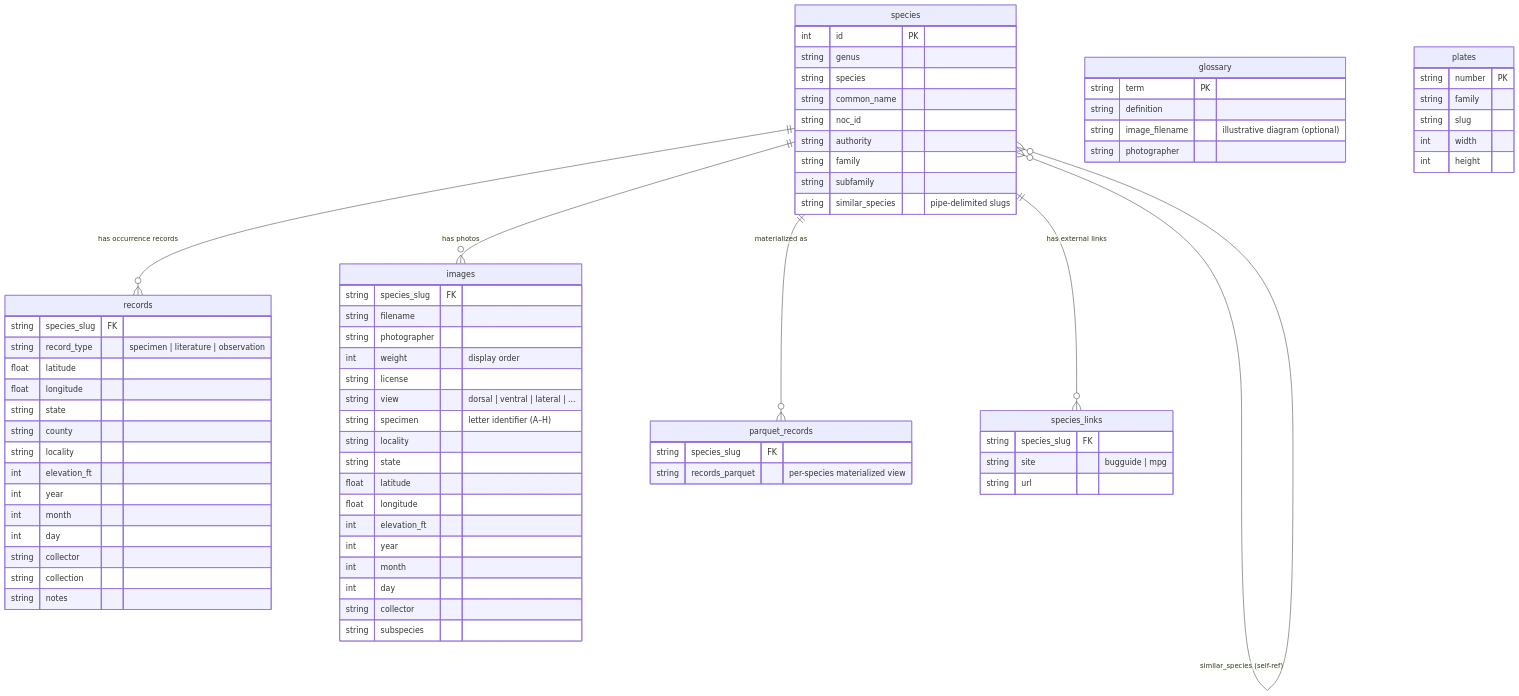
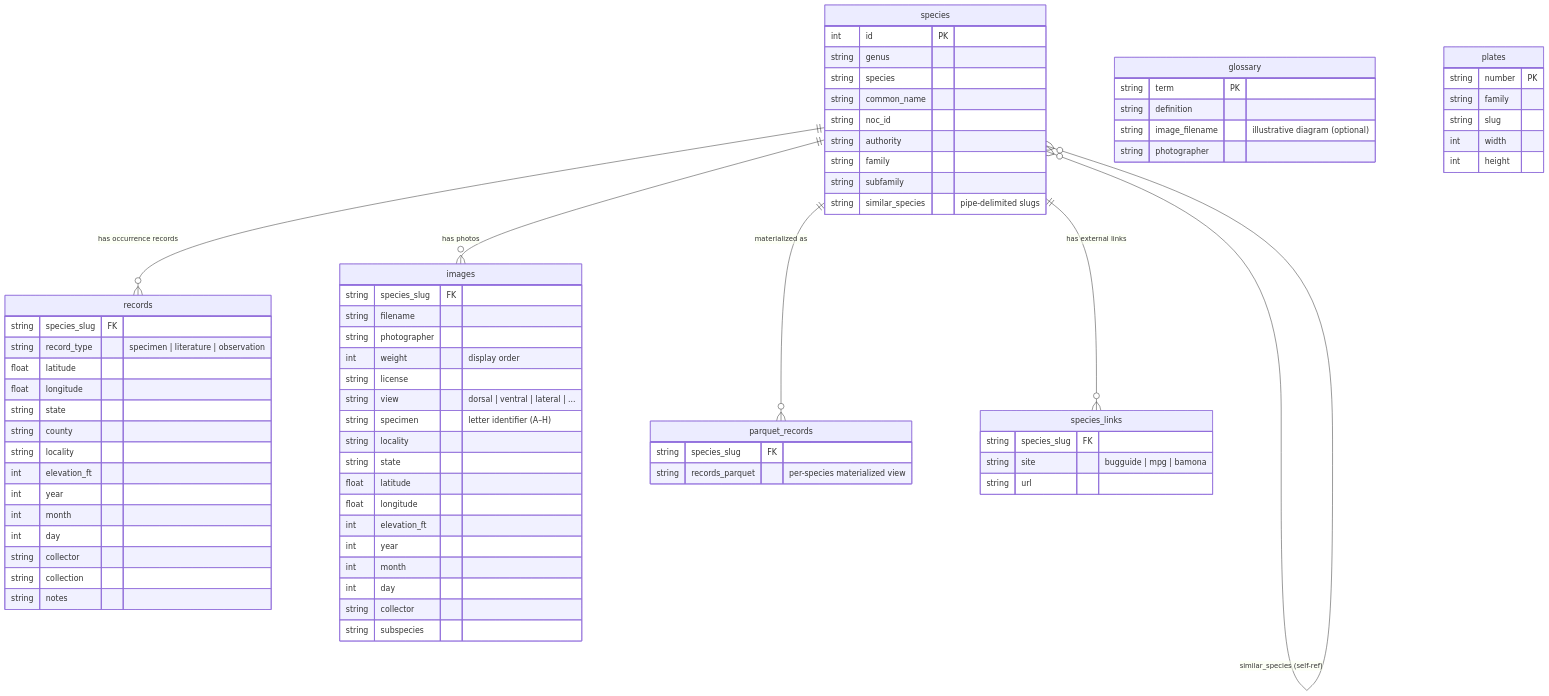
Before and after one commit to pnwinsects/pnwmoths: the diagram in data/README.md, drawn with Mermaid. The commit also changed other lines of this file and 6 other files, not shown here.

```diff
--- a/data/README.md
+++ b/data/README.md
@@ -77,7 +77,7 @@
 
     species_links {
         string  species_slug   FK
-        string  site           "bugguide | mpg"
+        string  site           "bugguide | mpg | bamona"
         string  url
     }
 
```
